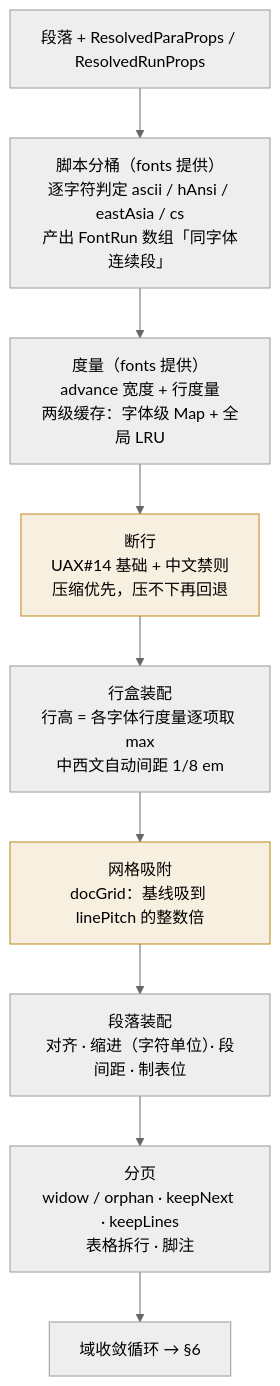
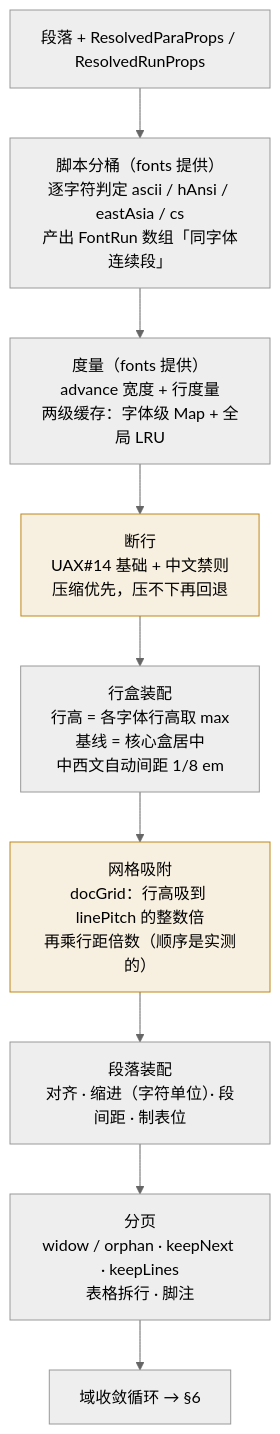
One commit to shedan9/ultimate-word-js changed the fourth of 7 diagrams in docs/architecture.md. Above: the diagram before and after it, drawn with Mermaid (neutral theme). The commit also changed other lines of this file and 59 other files, not shown here.

````diff
--- a/docs/architecture.md
+++ b/docs/architecture.md
@@ -263,15 +263,15 @@
 ```mermaid
 flowchart TB
   A["段落 + ResolvedParaProps / ResolvedRunProps"] --> B
   B["脚本分桶（fonts 提供）<br/>逐字符判定 ascii / hAnsi / eastAsia / cs<br/>产出 FontRun 数组「同字体连续段」"] --> C
   C["度量（fonts 提供）<br/>advance 宽度 + 行度量<br/>两级缓存：字体级 Map + 全局 LRU"] --> D
   D["断行<br/>UAX#14 基础 + 中文禁则<br/>压缩优先，压不下再回退"] --> E
-  E["行盒装配<br/>行高 = 各字体行度量逐项取 max<br/>中西文自动间距 1/8 em"] --> F
-  F["网格吸附<br/>docGrid：基线吸到 linePitch 的整数倍"] --> G
+  E["行盒装配<br/>行高 = 各字体行高取 max<br/>基线 = 核心盒居中<br/>中西文自动间距 1/8 em"] --> F
+  F["网格吸附<br/>docGrid：行高吸到 linePitch 的整数倍<br/>再乘行距倍数（顺序是实测的）"] --> G
   G["段落装配<br/>对齐 · 缩进（字符单位）· 段间距 · 制表位"] --> H
   H["分页<br/>widow / orphan · keepNext · keepLines<br/>表格拆行 · 脚注"] --> I
   I["域收敛循环 → §6"]
 
   style D fill:#bf871922,stroke:#bf8719
   style F fill:#bf871922,stroke:#bf8719
 ```
````
